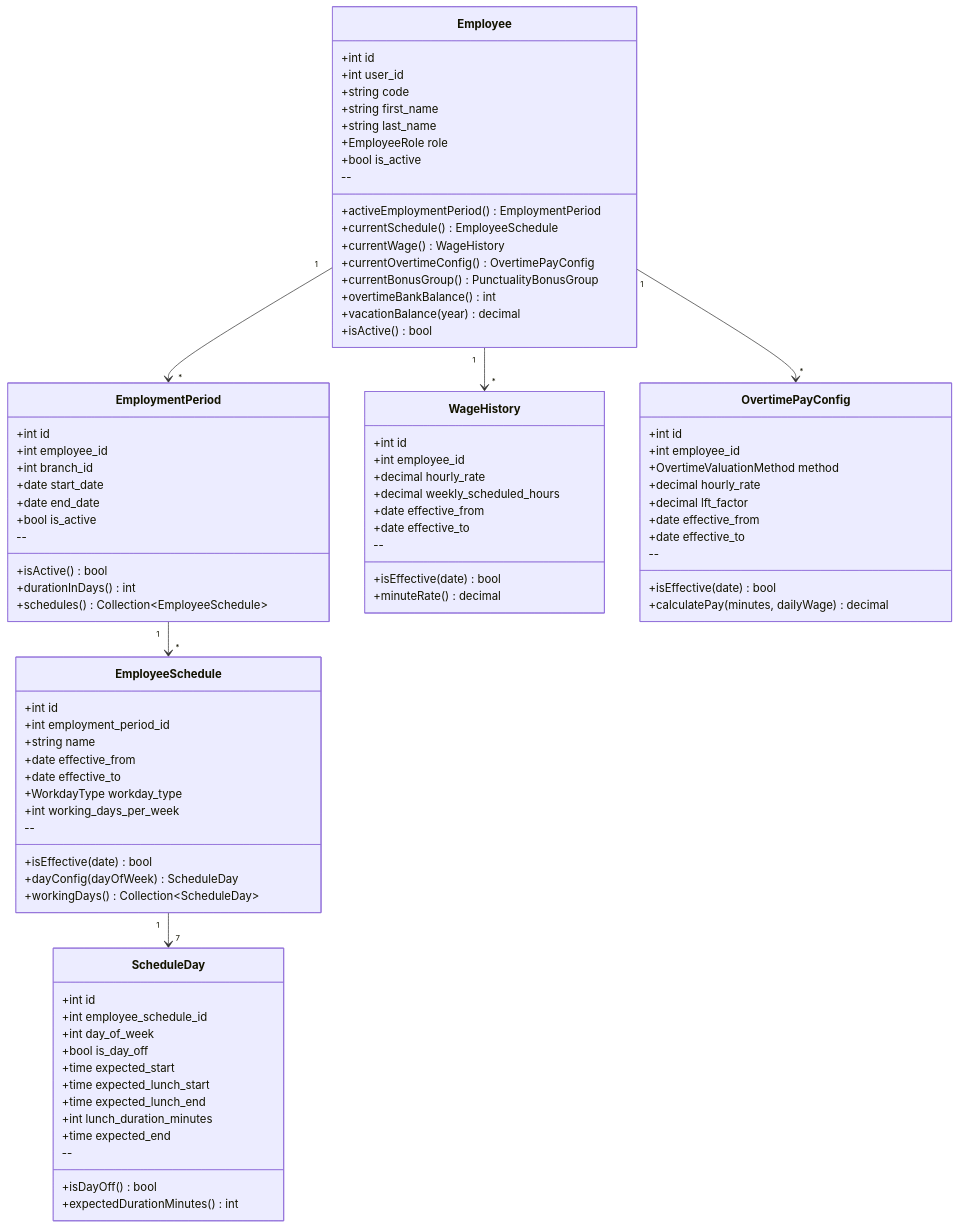
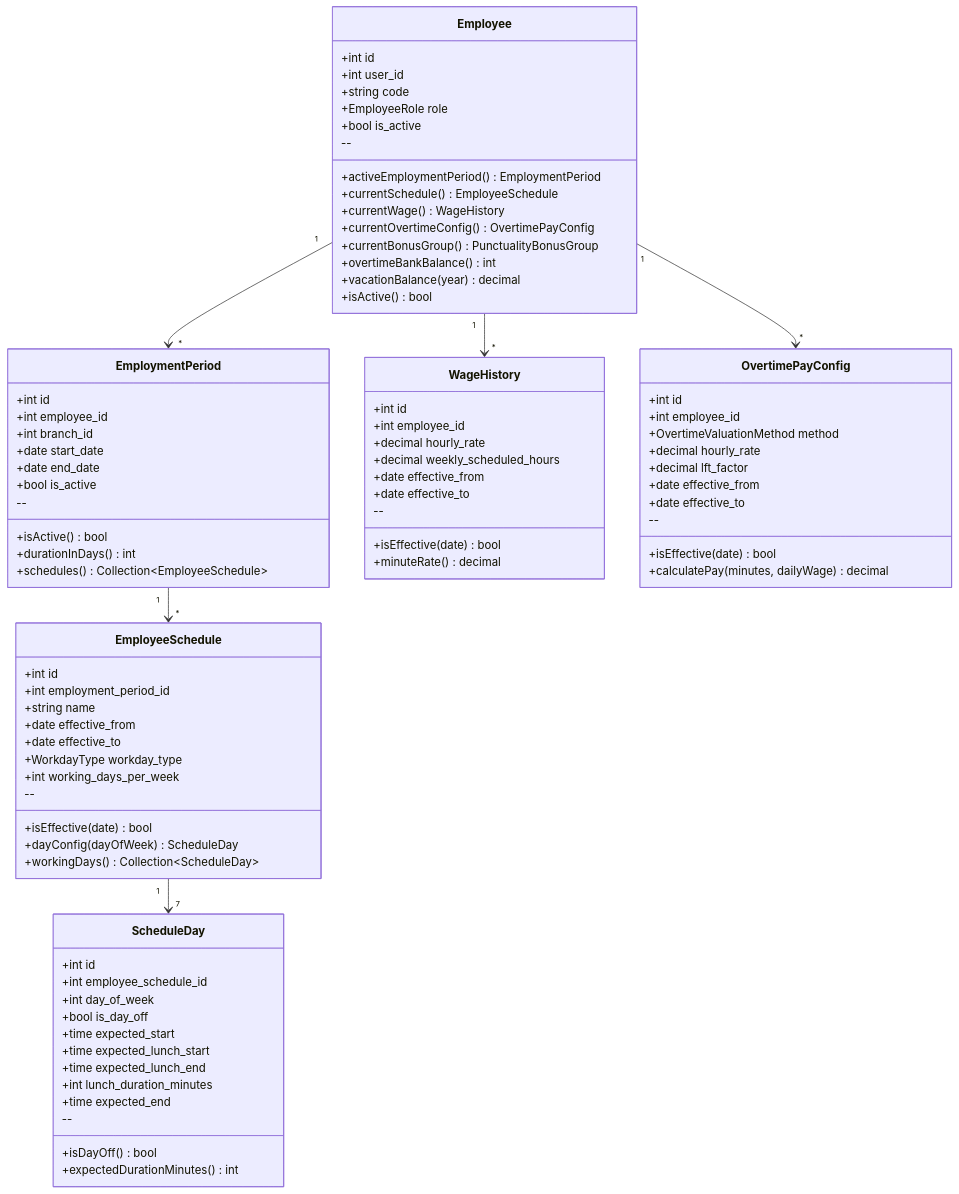
One commit to pakodiazdev/sushigo changed the eighth of 20 diagrams in doc/modules/attendance-payroll/attendance-payroll-domain-model.en.md. Above: the diagram before and after it, drawn with Mermaid. The commit also changed other lines of this file and 48 other files, not shown here.

```diff
--- a/doc/modules/attendance-payroll/attendance-payroll-domain-model.en.md
+++ b/doc/modules/attendance-payroll/attendance-payroll-domain-model.en.md
@@ -926,8 +922,6 @@
         +int id
         +int user_id
         +string code
-        +string first_name
-        +string last_name
         +EmployeeRole role
         +bool is_active
         --
```
